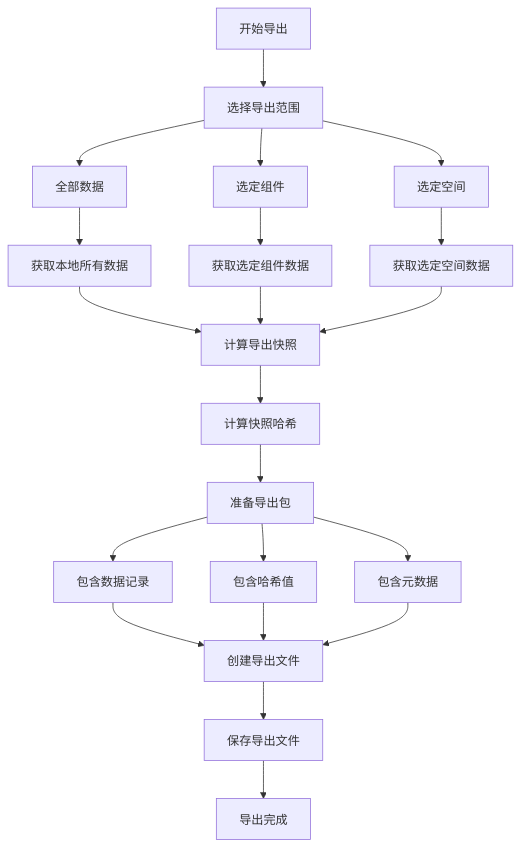
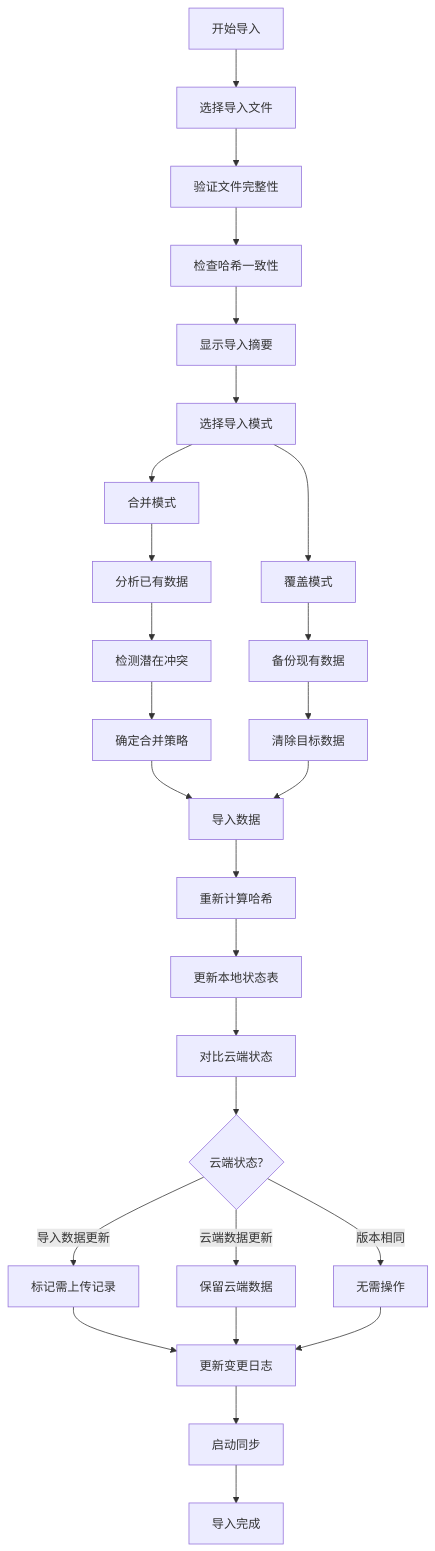
One commit to yingjianzh/iodraw-files changed the diagram in all/未命名-42.md. Above: the diagram before and after it, drawn with Mermaid.

Commit message:
2025-04-24 15:43:57 update

````diff
--- a/all/未命名-42.md
+++ b/all/未命名-42.md
@@ -1,29 +1,39 @@
 ```mermaid
 flowchart TD
-    Start[开始导出] --> SelectScope[选择导出范围]
-    SelectScope --> AllData[全部数据]
-    SelectScope --> SelectedComponents[选定组件]
-    SelectScope --> SelectedSpaces[选定空间]
+    Start[开始导入] --> SelectImportFile[选择导入文件]
+    SelectImportFile --> ValidateFile[验证文件完整性]
     
-    AllData --> FetchLocal[获取本地所有数据]
-    SelectedComponents --> FetchComponents[获取选定组件数据]
-    SelectedSpaces --> FetchSpaces[获取选定空间数据]
+    ValidateFile --> CheckHashConsistency[检查哈希一致性]
+    CheckHashConsistency --> DisplaySummary[显示导入摘要]
     
-    FetchLocal --> ComputeSnapshot[计算导出快照]
-    FetchComponents --> ComputeSnapshot
-    FetchSpaces --> ComputeSnapshot
+    DisplaySummary --> SelectImportMode[选择导入模式]
+    SelectImportMode --> MergeMode[合并模式]
+    SelectImportMode --> OverwriteMode[覆盖模式]
     
-    ComputeSnapshot --> CalcSnapshotHash[计算快照哈希]
-    CalcSnapshotHash --> PrepareExportPackage[准备导出包]
+    MergeMode --> AnalyzeExisting[分析已有数据]
+    AnalyzeExisting --> DetectConflicts[检测潜在冲突]
+    DetectConflicts --> ResolveMergeStrategy[确定合并策略]
     
-    PrepareExportPackage --> IncludeData[包含数据记录]
-    PrepareExportPackage --> IncludeHashes[包含哈希值]
-    PrepareExportPackage --> IncludeMetadata[包含元数据]
+    OverwriteMode --> BackupExisting[备份现有数据]
+    BackupExisting --> ClearTargetData[清除目标数据]
     
-    IncludeData --> CreateExportFile[创建导出文件]
-    IncludeHashes --> CreateExportFile
-    IncludeMetadata --> CreateExportFile
+    ResolveMergeStrategy --> ImportData[导入数据]
+    ClearTargetData --> ImportData
     
-    CreateExportFile --> SaveExport[保存导出文件]
-    SaveExport --> End[导出完成]
+    ImportData --> RecalculateHashes[重新计算哈希]
+    RecalculateHashes --> UpdateLocalState[更新本地状态表]
+    
+    UpdateLocalState --> DetectCloudChanges[对比云端状态]
+    DetectCloudChanges --> CloudStateCheck{云端状态?}
+    
+    CloudStateCheck -- 导入数据更新 --> MarkForUpload[标记需上传记录]
+    CloudStateCheck -- 云端数据更新 --> KeepCloudData[保留云端数据]
+    CloudStateCheck -- 版本相同 --> NoAction[无需操作]
+    
+    MarkForUpload --> UpdateChangeLog[更新变更日志]
+    KeepCloudData --> UpdateChangeLog
+    NoAction --> UpdateChangeLog
+    
+    UpdateChangeLog --> InitiateSync[启动同步]
+    InitiateSync --> End[导入完成]
 ```
````
